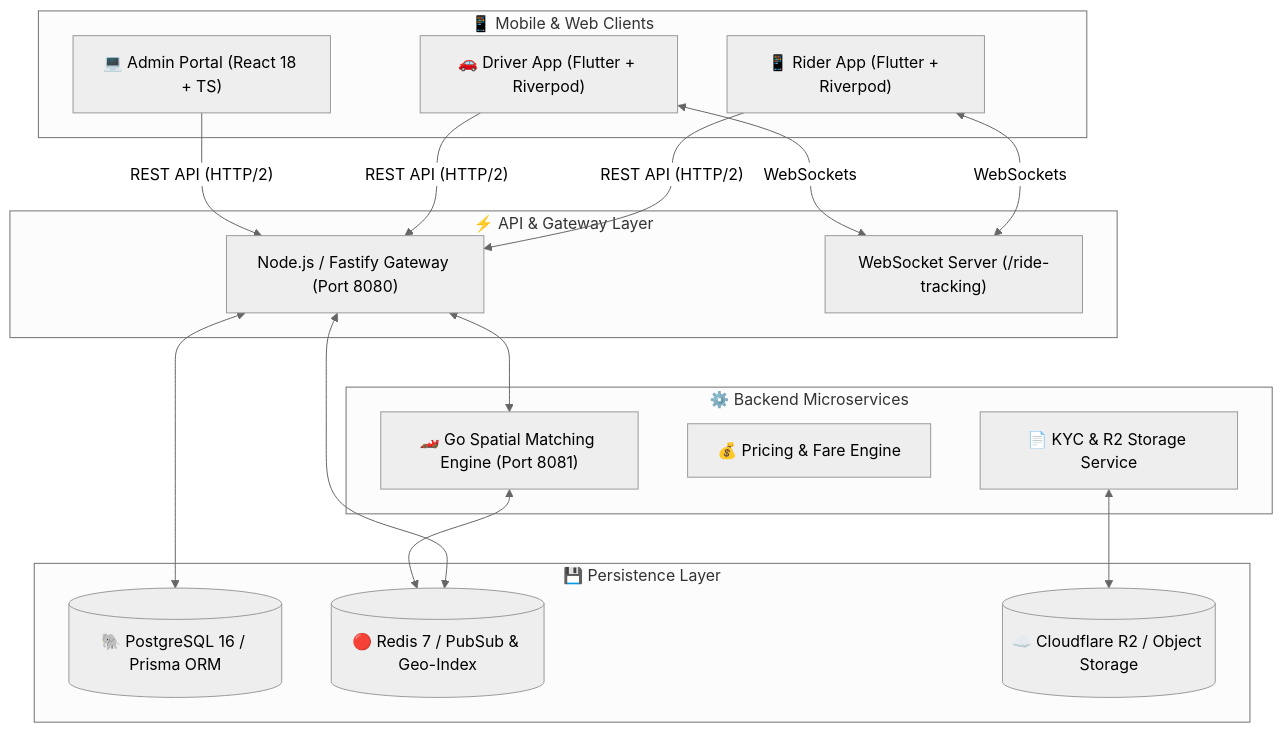
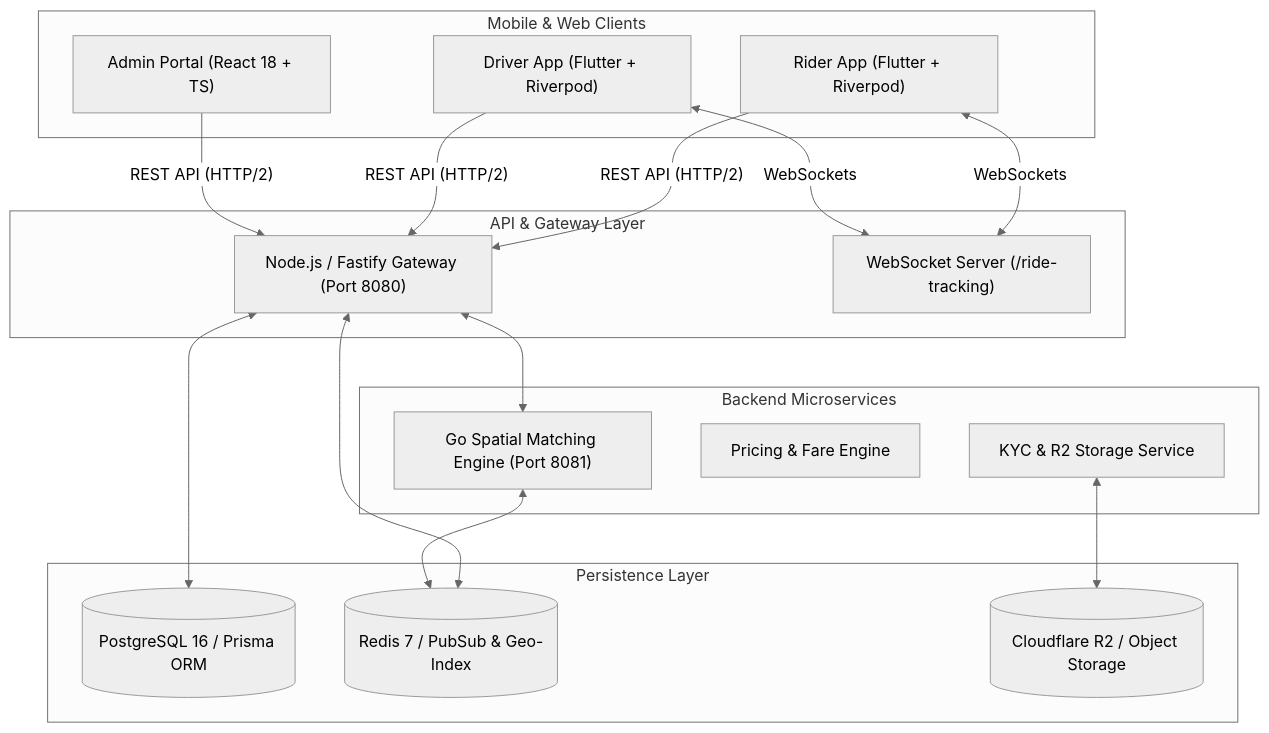
The diagram in README.md (er-anubhav/ride-matching), drawn with Mermaid (neutral theme) before and after one commit. The commit also changed other lines of this file, not shown here.

````diff
--- a/README.md
+++ b/README.md
@@ -46,39 +46,39 @@
 ```mermaid
 flowchart TD
-    subgraph Clients["📱 Mobile & Web Clients"]
-        RA["📱 Rider App (Flutter + Riverpod)"]
-        DA["🚗 Driver App (Flutter + Riverpod)"]
-        AP["💻 Admin Portal (React 18 + TS)"]
+    subgraph Clients["Mobile & Web Clients"]
+        RA["Rider App (Flutter + Riverpod)"]
+        DA["Driver App (Flutter + Riverpod)"]
+        AP["Admin Portal (React 18 + TS)"]
     end
 
-    subgraph Gateway["⚡ API & Gateway Layer"]
+    subgraph Gateway["API & Gateway Layer"]
         API["Node.js / Fastify Gateway (Port 8080)"]
         WS["WebSocket Server (/ride-tracking)"]
     end
 
-    subgraph Services["⚙️ Backend Microservices"]
-        GME["🏎️ Go Spatial Matching Engine (Port 8081)"]
-        PE["💰 Pricing & Fare Engine"]
-        KYC["📄 KYC & R2 Storage Service"]
+    subgraph Services["Backend Microservices"]
+        GME["Go Spatial Matching Engine (Port 8081)"]
+        PE["Pricing & Fare Engine"]
+        KYC["KYC & R2 Storage Service"]
     end
 
-    subgraph Data["💾 Persistence Layer"]
-        PG[("🐘 PostgreSQL 16 / Prisma ORM")]
-        RD[("🔴 Redis 7 / PubSub & Geo-Index")]
-        R2[("☁️ Cloudflare R2 / Object Storage")]
+    subgraph Data["Persistence Layer"]
+        PG[("PostgreSQL 16 / Prisma ORM")]
+        RD[("Redis 7 / PubSub & Geo-Index")]
+        R2[("Cloudflare R2 / Object Storage")]
     end
 
     RA -->|"REST API (HTTP/2)"| API
     DA -->|"REST API (HTTP/2)"| API
     AP -->|"REST API (HTTP/2)"| API
 
     RA <-->|"WebSockets"| WS
     DA <-->|"WebSockets"| WS
 
     API <--> PG
     API <--> RD
     API <--> GME
 
     GME <--> RD
     KYC <--> R2
 ```
````
